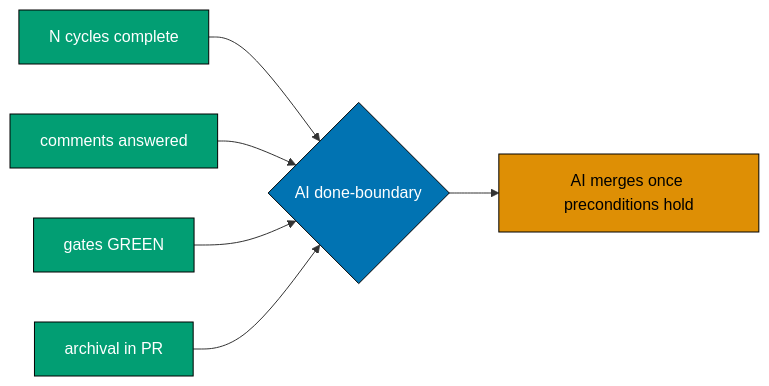
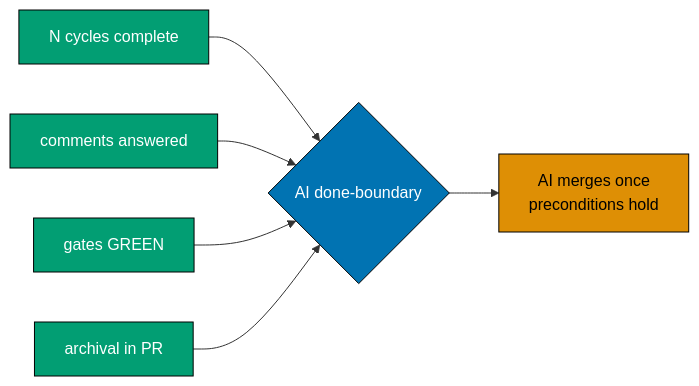
The second of 2 diagrams in repo-governance/workflows/pr/pr-review-quality-gate.md (wahidyankf/ose-primer), drawn with Mermaid before and after one commit. The commit also changed 4 other files, not shown here.

First line of the commit message:
fix(docs): remediate mermaid violations surfaced by the detect_kind fix

````diff
--- a/repo-governance/workflows/pr/pr-review-quality-gate.md
+++ b/repo-governance/workflows/pr/pr-review-quality-gate.md
@@ -274,13 +274,13 @@
 ```mermaid
 %% Color palette: Teal #029E73 (done-definition items), Blue #0173B2 (AI done-boundary), Orange #DE8F05 (merge step -- [AI] by default)
 flowchart LR
   A["N cycles complete"]:::teal --> D{"AI done-boundary"}:::blue
   B["comments answered"]:::teal --> D
   C["gates GREEN"]:::teal --> D
   E["archival in PR"]:::teal --> D
-  D --> H["AI merges once preconditions hold"]:::orange
+  D --> H["AI merges once<br/>preconditions hold"]:::orange
 
   classDef teal fill:#029E73,stroke:#000000,color:#FFFFFF
   classDef blue fill:#0173B2,stroke:#000000,color:#FFFFFF
   classDef orange fill:#DE8F05,stroke:#000000,color:#000000
 ```
````
